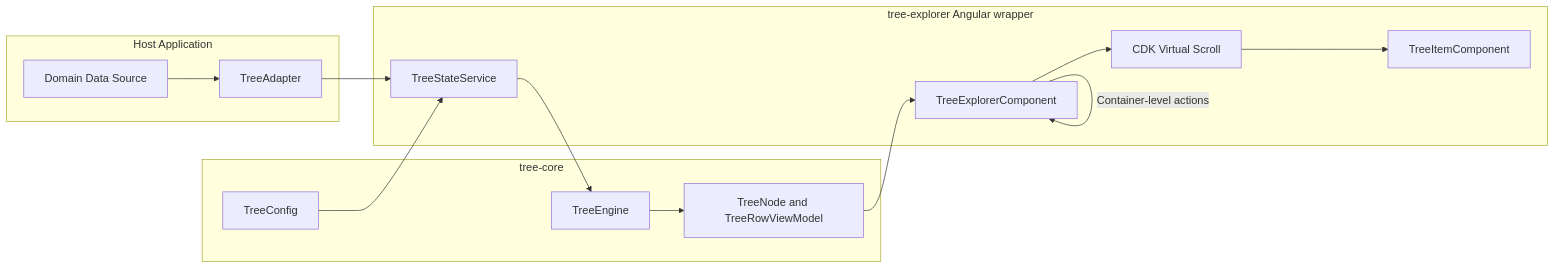
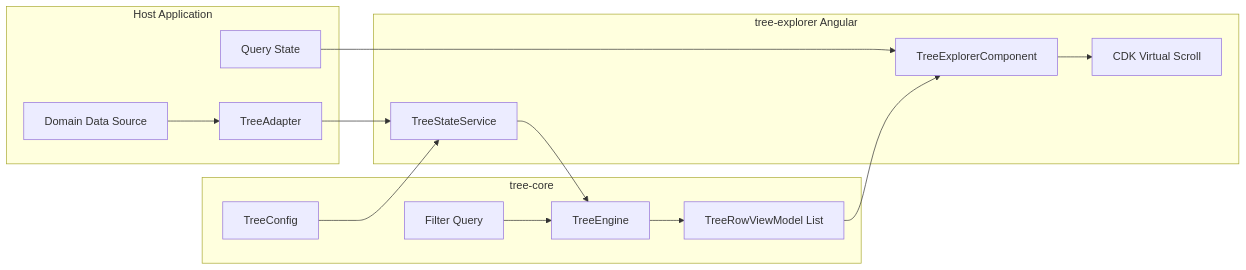
Before and after one commit to Robertcl795/tree-explorer: the first of 3 diagrams in docs/architecture.md, drawn with Mermaid. The commit also changed other lines of this file and 12 other files, not shown here.

````diff
--- a/docs/architecture.md
+++ b/docs/architecture.md
@@ -13,30 +13,31 @@
 ```mermaid
 flowchart LR
-  subgraph APP["Host Application"]
-    DS["Domain Data Source"]
-    ADP["TreeAdapter"]
+  subgraph APP[Host Application]
+    DS[Domain Data Source]
+    AQ[Query State]
+    ADP[TreeAdapter]
   end
 
-  subgraph CORE["tree-core"]
-    ENG["TreeEngine"]
-    CFG["TreeConfig"]
-    TYPES["TreeNode and TreeRowViewModel"]
+  subgraph CORE[tree-core]
+    ENG[TreeEngine]
+    CFG[TreeConfig]
+    FQ[Filter Query]
+    ROWS[TreeRowViewModel List]
   end
 
-  subgraph ANGULAR["tree-explorer Angular wrapper"]
-    C["TreeExplorerComponent"]
-    S["TreeStateService"]
-    R["TreeItemComponent"]
-    VS["CDK Virtual Scroll"]
+  subgraph NG[tree-explorer Angular]
+    C[TreeExplorerComponent]
+    S[TreeStateService]
+    V[CDK Virtual Scroll]
   end
 
   DS --> ADP
+  AQ --> C
   ADP --> S
   CFG --> S
   S --> ENG
-  ENG --> TYPES
-  TYPES --> C
-  C --> VS
-  VS --> R
-  C -->|"Container-level actions"| C
+  FQ --> ENG
+  ENG --> ROWS
+  ROWS --> C
+  C --> V
 ```
````
